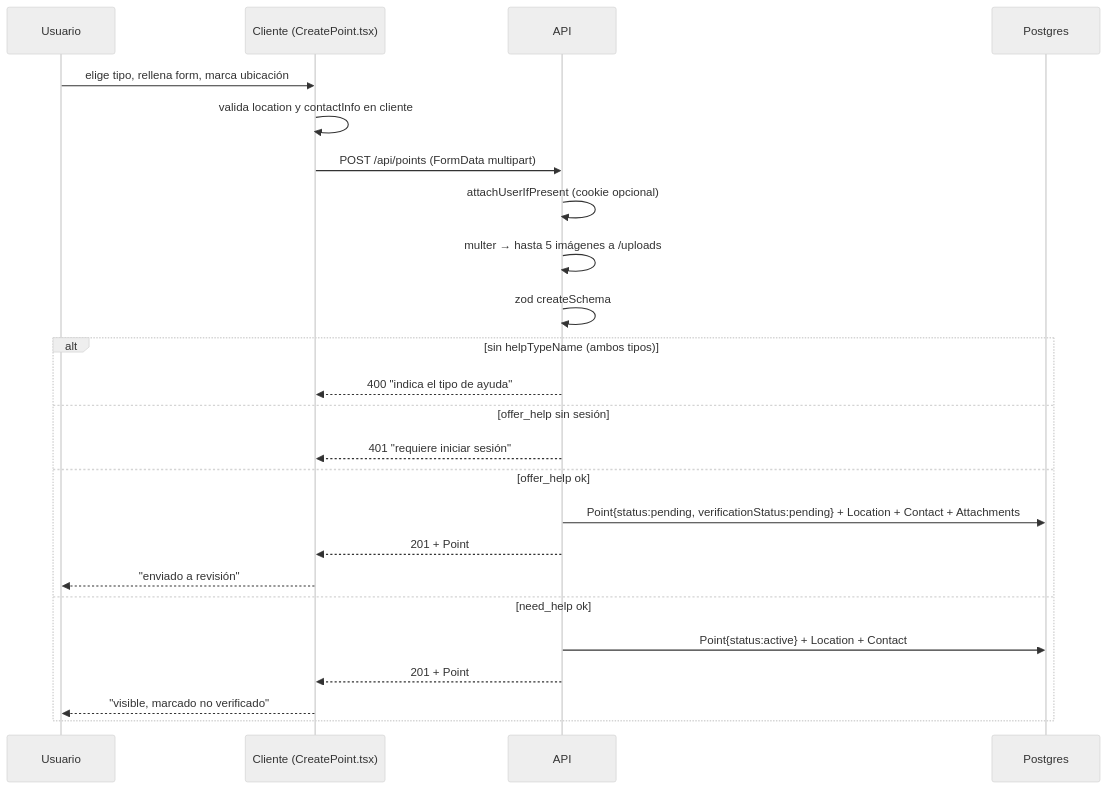
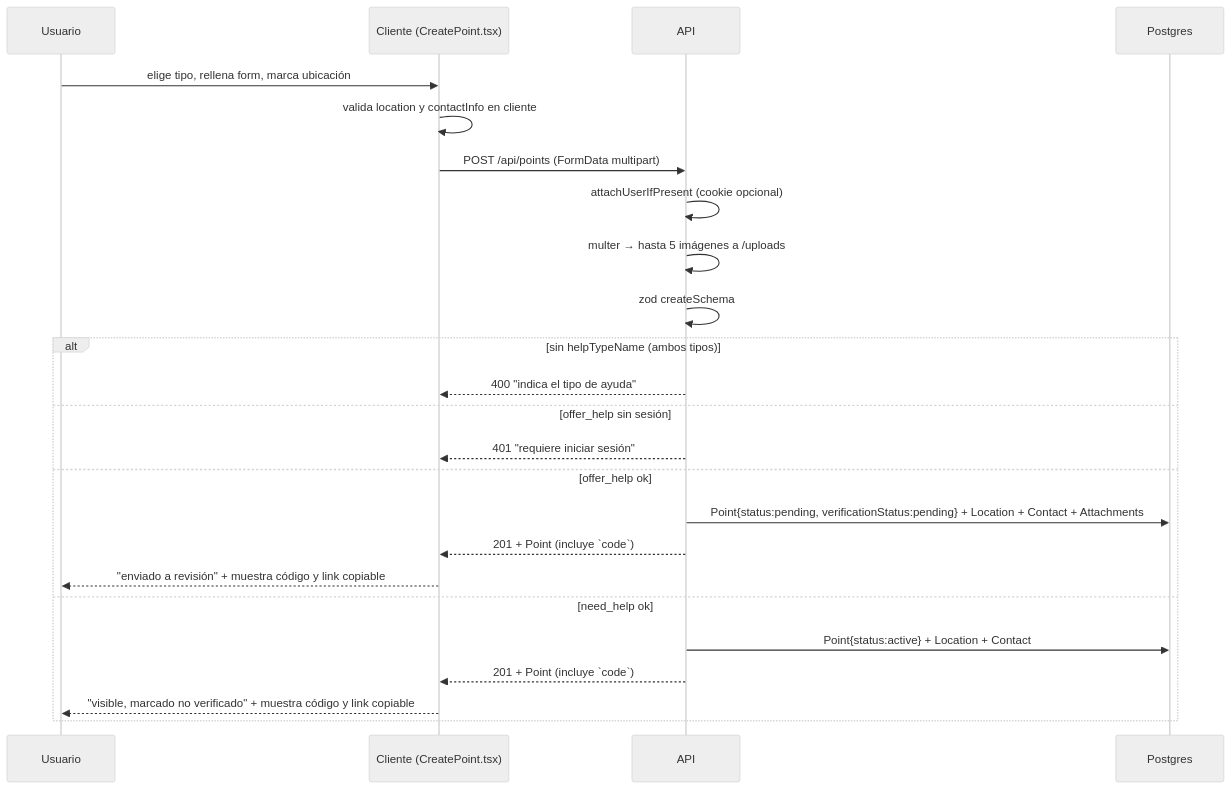
One commit to santigou/ayudaporcolombia changed the diagram in docs/obsidian/Flujo de creación de un Punto.md. Above: the diagram before and after it, drawn with Mermaid (neutral theme). The commit also changed other lines of this file and 19 other files, not shown here.

````diff
--- a/docs/obsidian/Flujo de creación de un Punto.md
+++ b/docs/obsidian/Flujo de creación de un Punto.md
@@ -19,26 +19,26 @@
 ```mermaid
 sequenceDiagram
     participant U as Usuario
     participant C as Cliente (CreatePoint.tsx)
     participant A as API
     participant DB as Postgres
     U->>C: elige tipo, rellena form, marca ubicación
     C->>C: valida location y contactInfo en cliente
     C->>A: POST /api/points (FormData multipart)
     A->>A: attachUserIfPresent (cookie opcional)
     A->>A: multer → hasta 5 imágenes a /uploads
     A->>A: zod createSchema
     alt sin helpTypeName (ambos tipos)
         A-->>C: 400 "indica el tipo de ayuda"
     else offer_help sin sesión
         A-->>C: 401 "requiere iniciar sesión"
     else offer_help ok
         A->>DB: Point{status:pending, verificationStatus:pending} + Location + Contact + Attachments
-        A-->>C: 201 + Point
-        C-->>U: "enviado a revisión"
+        A-->>C: 201 + Point (incluye `code`)
+        C-->>U: "enviado a revisión" + muestra código y link copiable
     else need_help ok
         A->>DB: Point{status:active} + Location + Contact
-        A-->>C: 201 + Point
-        C-->>U: "visible, marcado no verificado"
+        A-->>C: 201 + Point (incluye `code`)
+        C-->>U: "visible, marcado no verificado" + muestra código y link copiable
     end
 ```
````
